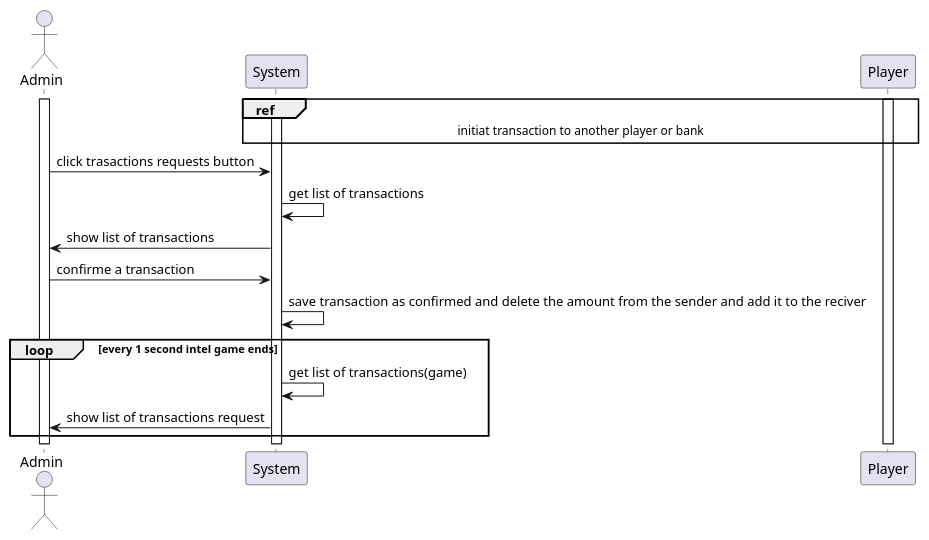
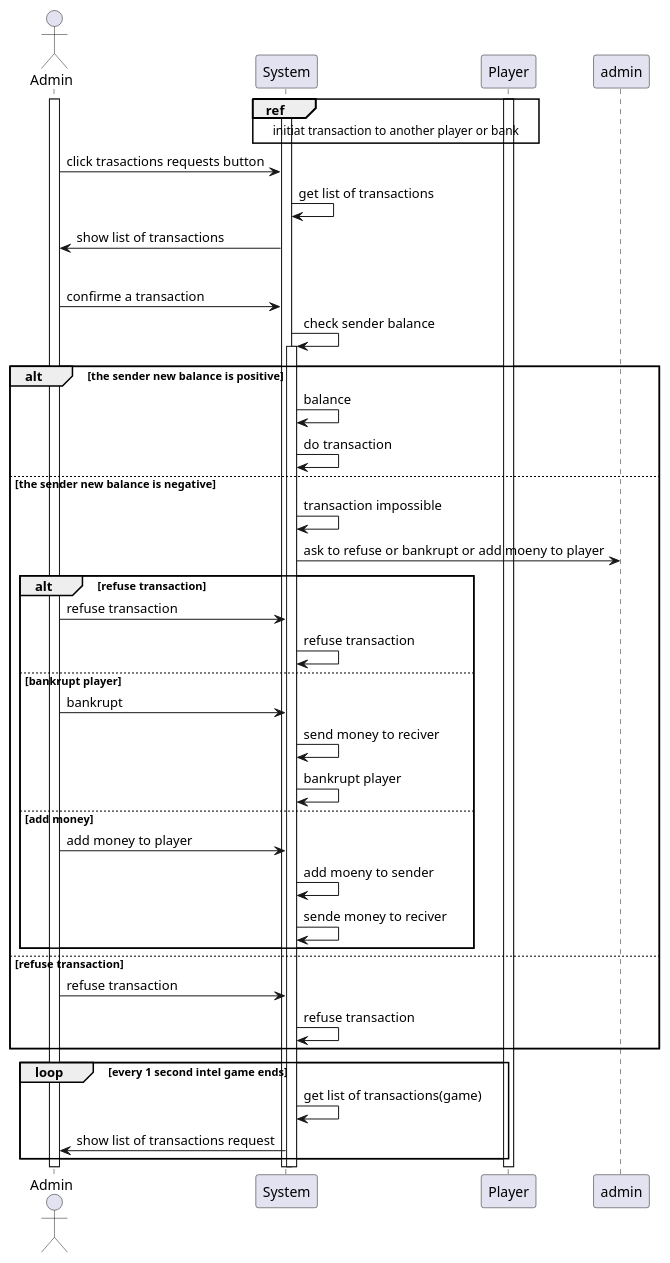
Before and after one commit to monoploy-game/design: the diagram in SDs/admin/accept_refuse_transaction.wsd, drawn with PlantUML. The commit also changed 1 other file, not shown here.

Commit message:
fixed accept refuse sd and sds so it handels most cases, and to sync with the database digram

```diff
--- a/SDs/admin/accept_refuse_transaction.wsd
+++ b/SDs/admin/accept_refuse_transaction.wsd
@@ -1,22 +1,54 @@
 @startuml "accept or refuse transaction"
 
 actor Admin
 
 Activate Admin
 Activate System
 
 ref over Player, System : initiat transaction to another player or bank
 activate Player
 
 Admin -> System : click trasactions requests button
 System -> System : get list of transactions
 System -> Admin : show list of transactions
-Admin -> System : confirme a transaction
-System -> System : save transaction as confirmed and delete the amount from the sender and add it to the reciver
+
+alt accept transaction
+	Admin -> System : confirme a transaction
+	System -> System : check sender balance
+	activate System
+
+ 	alt  the sender new balance is positive
+		System -> System : balance
+		System -> System : do transaction
+
+	else the sender new balance is negative
+		System -> System : transaction impossible
+		System -> admin : ask to refuse or bankrupt or add moeny to player
+
+		alt refuse transaction
+			Admin -> System : refuse transaction
+			System -> System : refuse transaction
+
+		else bankrupt player
+			Admin -> System : bankrupt
+			System -> System : send money to reciver
+			System -> System : bankrupt player
+			
+		else add money
+			Admin -> System : add money to player
+			System -> System : add moeny to sender
+			System -> System : sende money to reciver
+
+		end
+else refuse transaction
+	Admin -> System : refuse transaction
+	System -> System : refuse transaction
+
+end
 
 loop every 1 second intel game ends
 System -> System : get list of transactions(game)
 
     System -> Admin : show list of transactions request
 end
 @enduml
```
